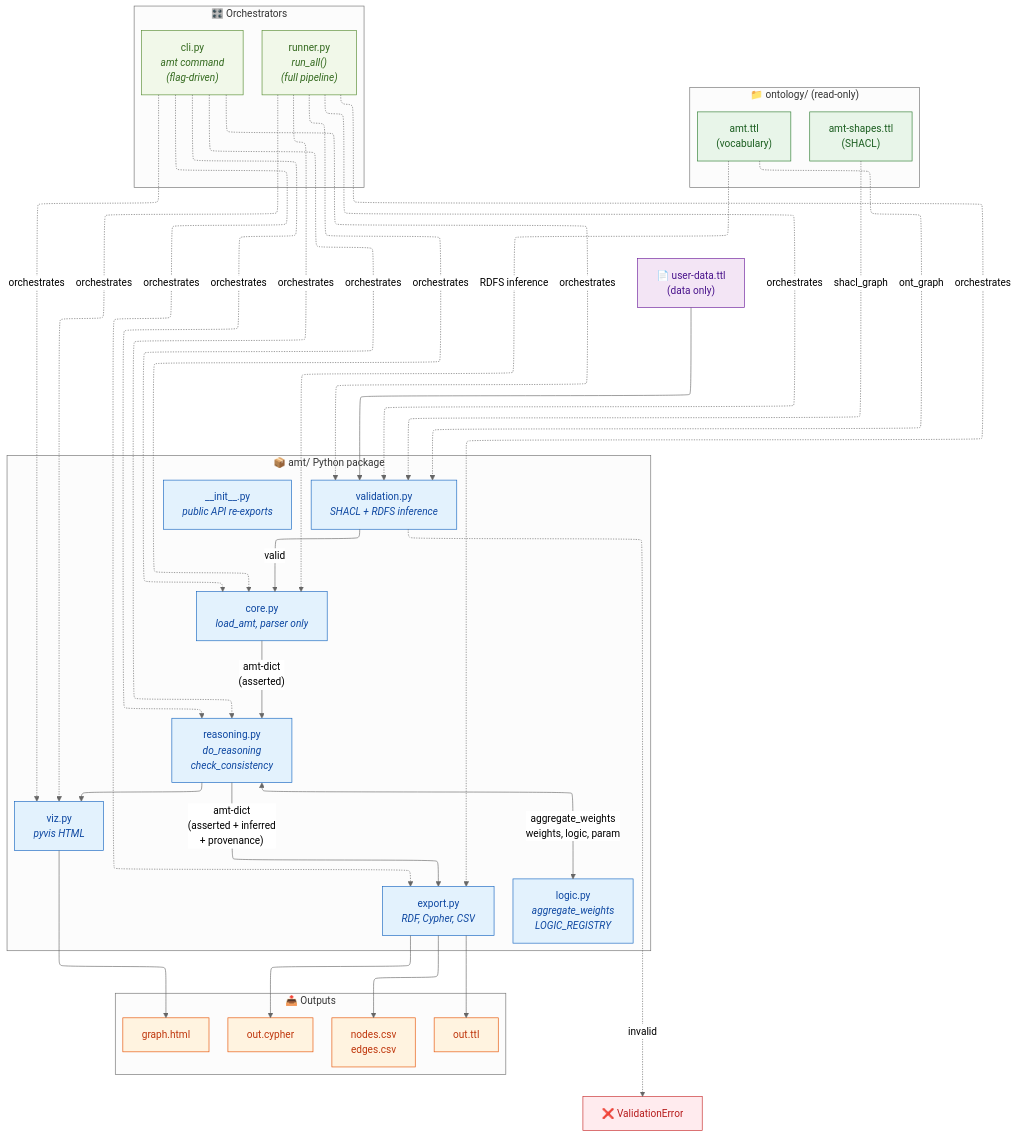
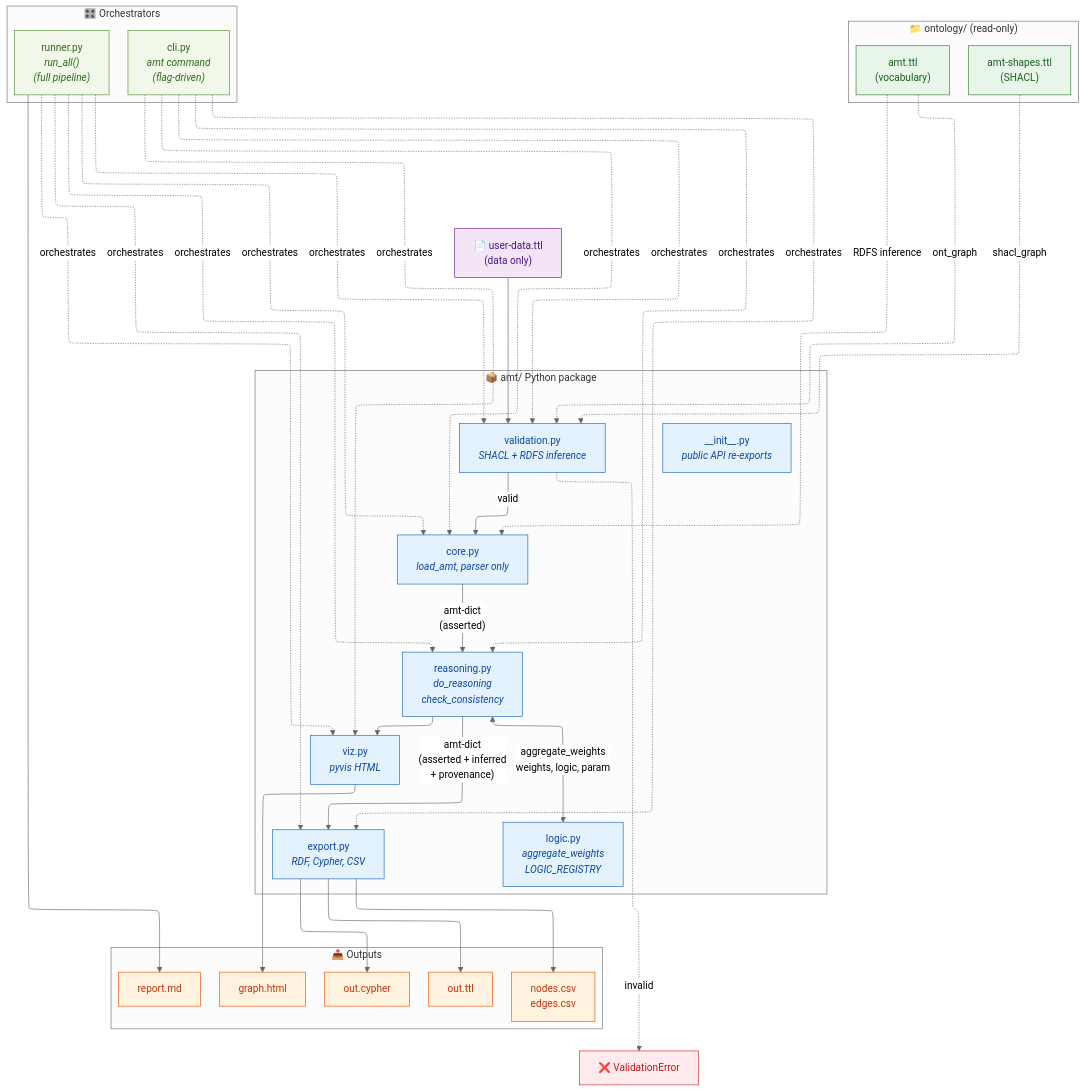
One commit to n4o-rse/amt-engine changed the diagram in README.md. Above: the diagram before and after it, drawn with Mermaid. The commit also changed other lines of this file and 2 other files, not shown here.

````diff
--- a/README.md
+++ b/README.md
@@ -57,6 +67,7 @@
         O_CYP["out.cypher"]
         O_CSV["nodes.csv<br/>edges.csv"]
         O_HTML["graph.html"]
+        O_RPT["report.md"]
     end
 
     TTL --> VAL
@@ -75,6 +86,7 @@
     EXP --> O_CYP
     EXP --> O_CSV
     VIZ --> O_HTML
+    RUN --> O_RPT
 
     CLI -.->|"orchestrates"| VAL
     CLI -.->|"orchestrates"| CORE
@@ -97,7 +109,7 @@
     class AMT,SHP ontology
     class VAL,CORE,REA,LOG,EXP,VIZ,INIT pkg
     class CLI,RUN orch
-    class O_TTL,O_CYP,O_CSV,O_HTML output
+    class O_TTL,O_CYP,O_CSV,O_HTML,O_RPT output
     class TTL input
     class ERR error
 ```
````
